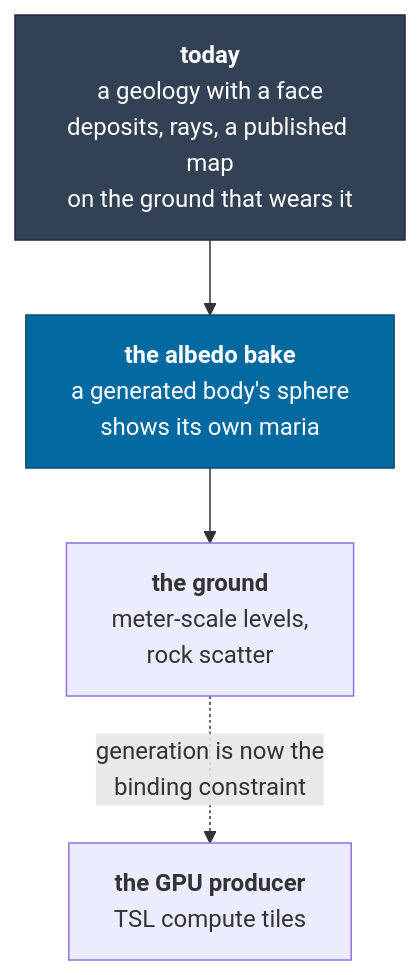
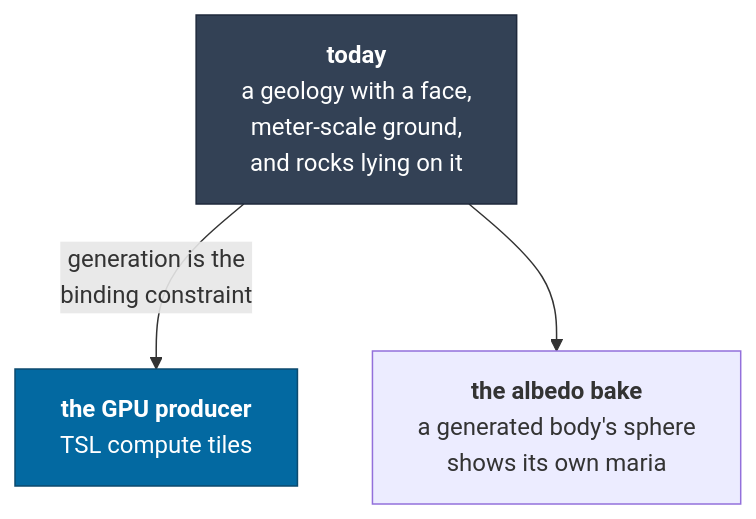
One commit to jonjaques/inertialref changed the second of 3 diagrams in docs/roadmap.md. Above: the diagram before and after it, drawn with Mermaid. The commit also changed other lines of this file and 46 other files, not shown here.

````diff
--- a/docs/roadmap.md
+++ b/docs/roadmap.md
@@ -114,13 +114,12 @@
 ```mermaid
 flowchart TB
-    NOW["<b>today</b><br/>a geology with a face<br/>deposits, rays, a published map<br/>on the ground that wears it"]
+    NOW["<b>today</b><br/>a geology with a face,<br/>meter-scale ground,<br/>and rocks lying on it"]
+    F["<b>the GPU producer</b><br/>TSL compute tiles"]
     D["<b>the albedo bake</b><br/>a generated body's sphere<br/>shows its own maria"]
-    E["<b>the ground</b><br/>meter-scale levels,<br/>rock scatter"]
-    F["<b>the GPU producer</b><br/>TSL compute tiles"]
 
-    NOW --> D --> E
-    E -.->|"generation is now the<br/>binding constraint"| F
+    NOW -->|"generation is the<br/>binding constraint"| F
+    NOW --> D
 
     style NOW fill:#334155,stroke:#1e293b,color:#fff
-    style D fill:#0369a1,stroke:#0c4a6e,color:#fff
+    style F fill:#0369a1,stroke:#0c4a6e,color:#fff
 ```
````
